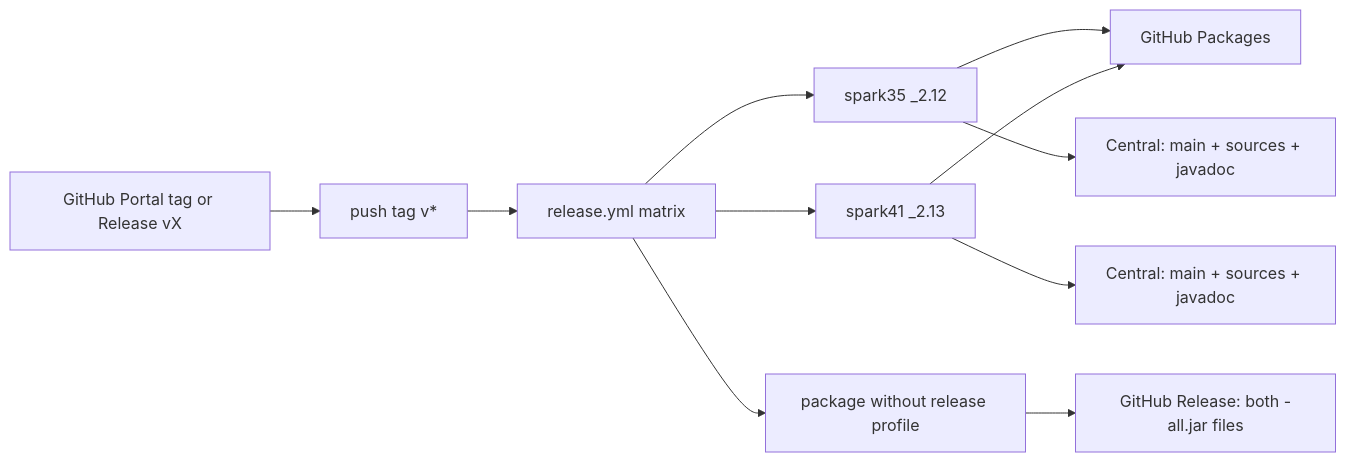
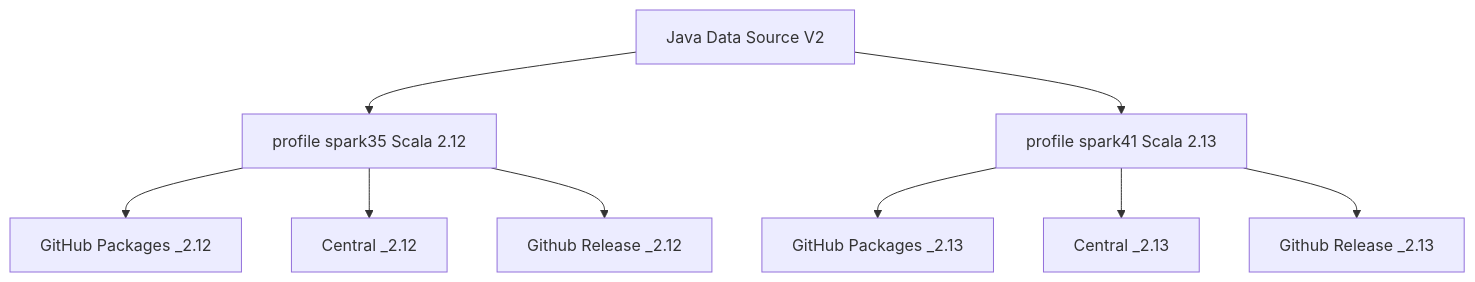
One commit to juarezr/spark-streaming-google-pubsub changed the first of 2 diagrams in docs/publishing-maven-central.md. Above: the diagram before and after it, drawn with Mermaid. The commit also changed other lines of this file and 1 other file, not shown here.

Commit message:
refactor[ci]: update release workflow to improve artifact handling and order publishing to release first on Github
- Changed the upload step for fat JARs to include additional artifact types (POM, signatures, checksums).
- Reordered the publishing steps to first upload to GitHub Packages, then attach fat JARs to the GitHub Release, and finally publish thin artifacts to Maven Central.
- Updated documentation to reflect the new workflow and clarify the sequence of operations during releases.

````diff
--- a/docs/publishing-maven-central.md
+++ b/docs/publishing-maven-central.md
@@ -15,13 +15,12 @@
 ```mermaid
-flowchart LR
-  portal["GitHub Portal tag or Release vX"] --> tagPush["push tag v*"]
-  tagPush --> ga["release.yml matrix"]
-  ga --> s35["spark35 _2.12"]
-  ga --> s41["spark41 _2.13"]
-  s35 --> ghPkg["GitHub Packages"]
-  s41 --> ghPkg
-  s35 --> thin["Central: main + sources + javadoc"]
-  s41 --> thin2["Central: main + sources + javadoc"]
-  ga --> fatBuild["package without release profile"]
-  fatBuild --> ghRel["GitHub Release: both -all.jar files"]
+flowchart TB
+  src[Java Data Source V2]
+  src --> p35["profile spark35 Scala 2.12"]
+  src --> p41["profile spark41 Scala 2.13"]
+  p35 --> gh35["GitHub Packages _2.12"]
+  p41 --> gh41["GitHub Packages _2.13"]
+  p35 --> c35["Central _2.12"]
+  p41 --> c41["Central _2.13"]
+  p35 --> ver35["Github Release _2.12"]
+  p41 --> ver41["Github Release _2.13"]
 ```
````
